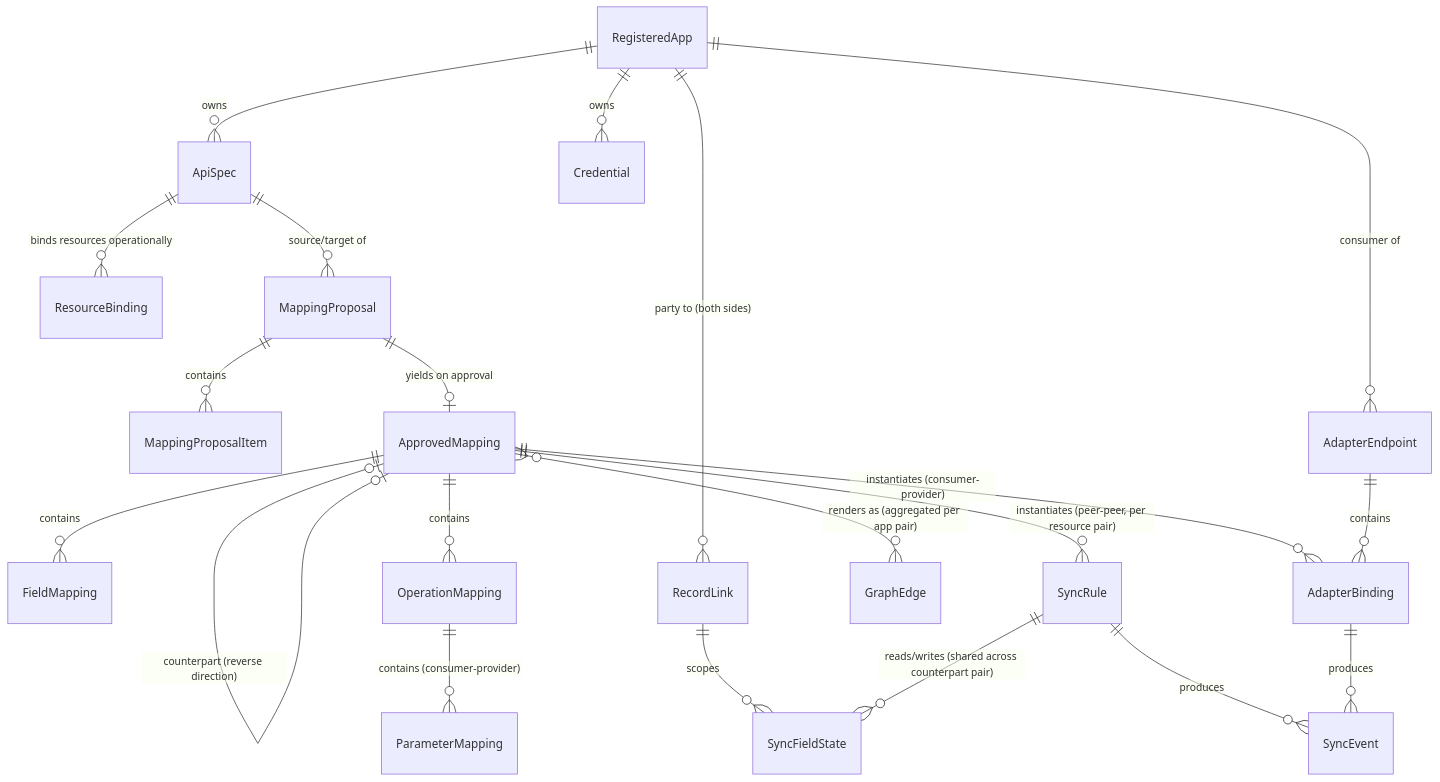
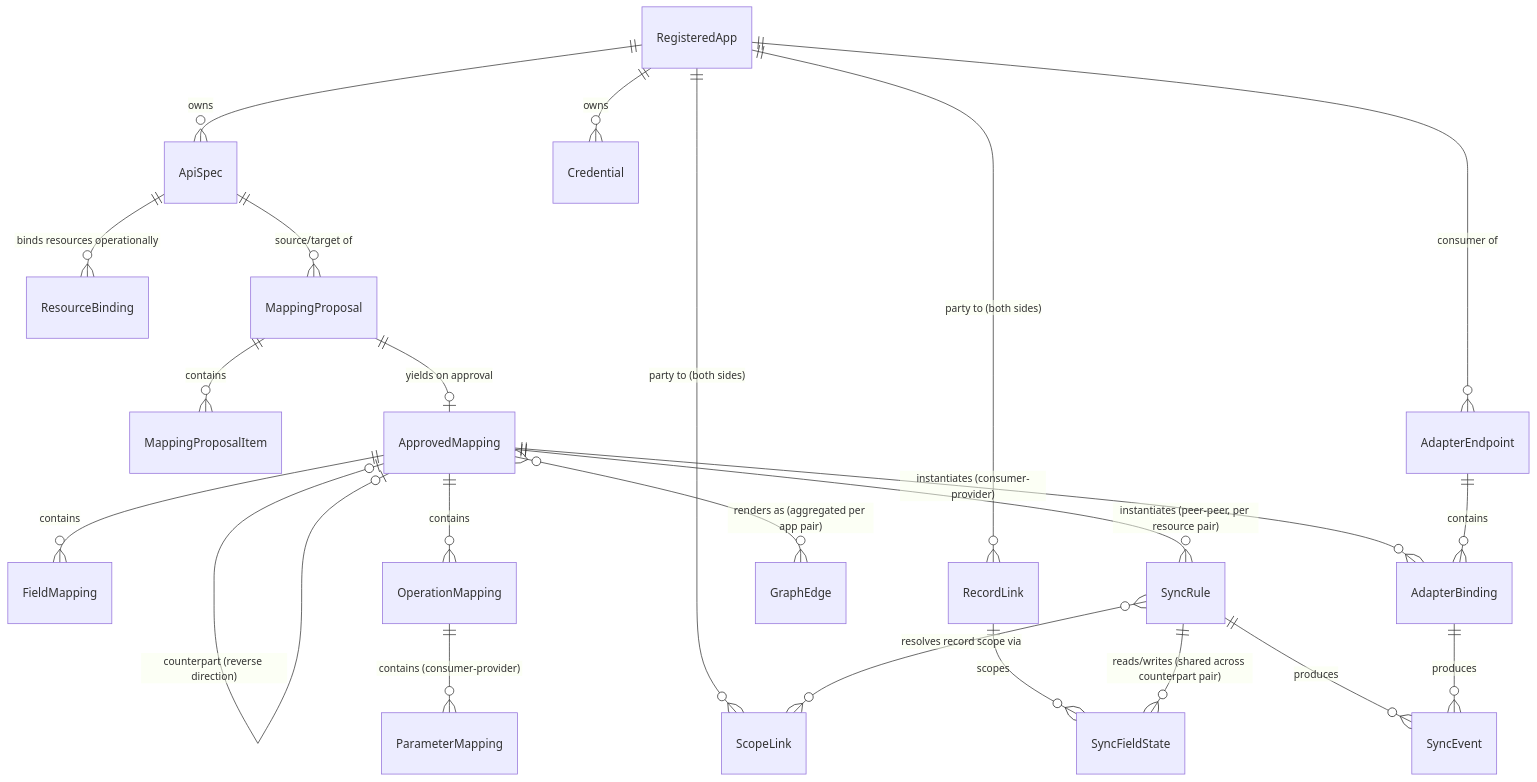
The diagram in docs/architecture/data-model.md (geprog/api-mediator), drawn with Mermaid before and after one commit. The commit also changed other lines of this file and 2 other files, not shown here.

First line of the commit message:
docs(spec): scoped/hierarchical resource sync (data-model + glossary + requirements)

````diff
--- a/docs/architecture/data-model.md
+++ b/docs/architecture/data-model.md
@@ -190,23 +208,25 @@
 ```mermaid
 erDiagram
     RegisteredApp ||--o{ ApiSpec : owns
     RegisteredApp ||--o{ Credential : owns
     ApiSpec ||--o{ ResourceBinding : "binds resources operationally"
     ApiSpec ||--o{ MappingProposal : "source/target of"
     MappingProposal ||--o{ MappingProposalItem : contains
     MappingProposal ||--o| ApprovedMapping : "yields on approval"
     ApprovedMapping |o--o| ApprovedMapping : "counterpart (reverse direction)"
     ApprovedMapping ||--o{ FieldMapping : contains
     ApprovedMapping ||--o{ OperationMapping : contains
     OperationMapping ||--o{ ParameterMapping : "contains (consumer-provider)"
     ApprovedMapping ||--o{ SyncRule : "instantiates (peer-peer, per resource pair)"
     ApprovedMapping ||--o{ AdapterBinding : "instantiates (consumer-provider)"
     RegisteredApp ||--o{ RecordLink : "party to (both sides)"
+    RegisteredApp ||--o{ ScopeLink : "party to (both sides)"
+    SyncRule }o--o{ ScopeLink : "resolves record scope via"
     RecordLink ||--o{ SyncFieldState : scopes
     SyncRule ||--o{ SyncFieldState : "reads/writes (shared across counterpart pair)"
     AdapterEndpoint ||--o{ AdapterBinding : contains
     RegisteredApp ||--o{ AdapterEndpoint : "consumer of"
     ApprovedMapping }o--o{ GraphEdge : "renders as (aggregated per app pair)"
     SyncRule ||--o{ SyncEvent : produces
     AdapterBinding ||--o{ SyncEvent : produces
 ```
````
